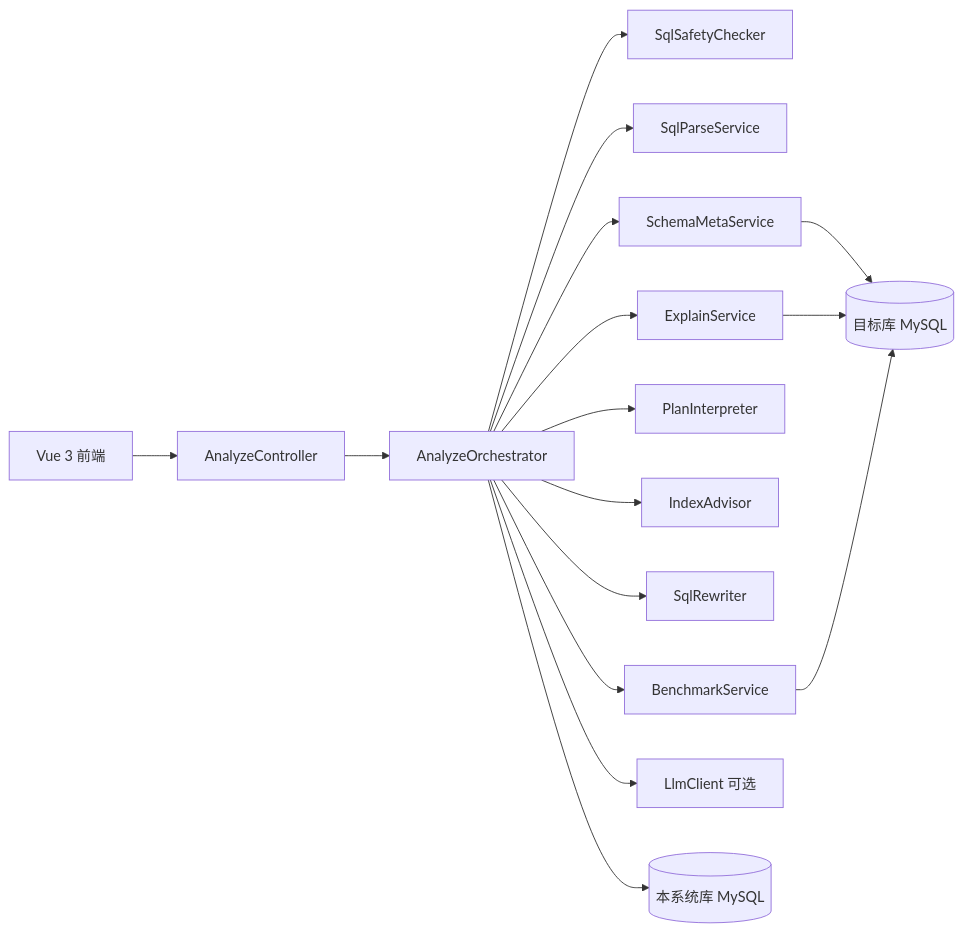
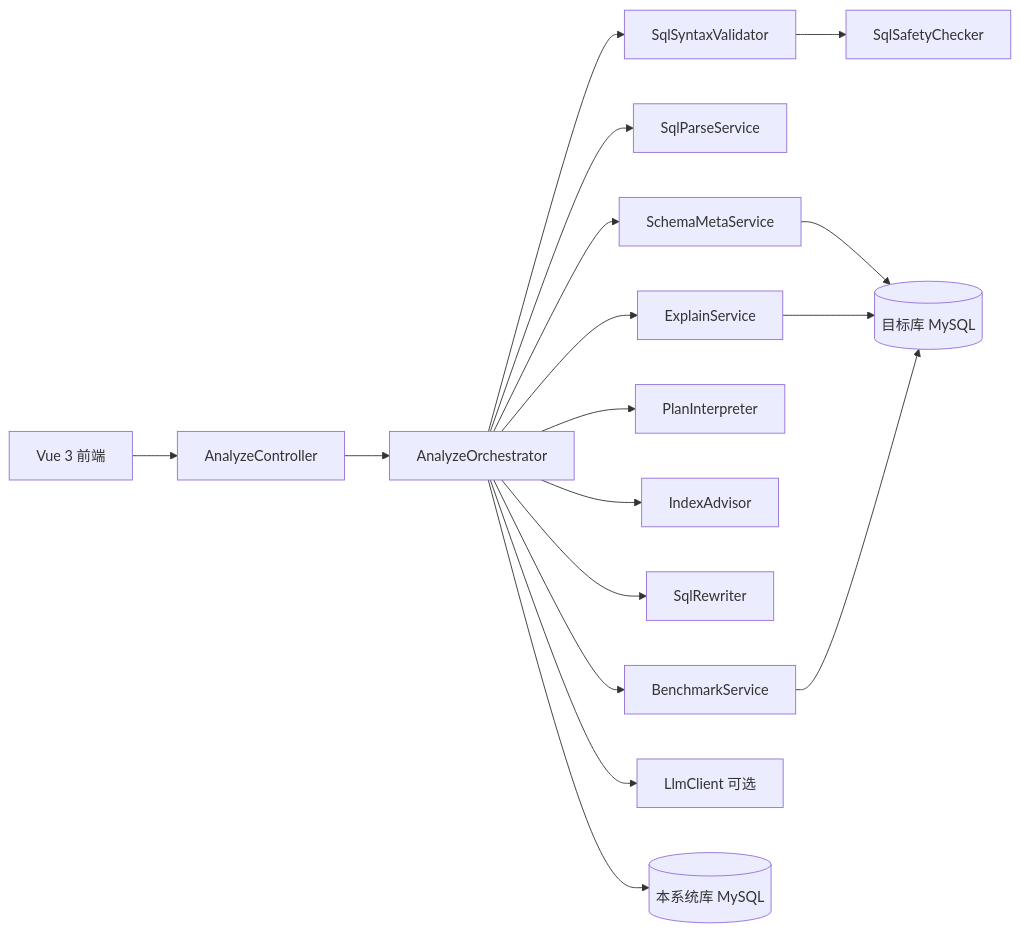
One commit to qizhang102299/sql-explan changed the diagram in README.md. Above: the diagram before and after it, drawn with Mermaid. The commit also changed other lines of this file and 67 other files, not shown here.

````diff
--- a/README.md
+++ b/README.md
@@ -7,18 +9,19 @@
 ```mermaid
 flowchart LR
   FE[Vue 3 前端] --> API[AnalyzeController]
   API --> ORCH[AnalyzeOrchestrator]
-  ORCH --> SAFE[SqlSafetyChecker]
+  ORCH --> VALID[SqlSyntaxValidator]
+  VALID --> SAFE[SqlSafetyChecker]
   ORCH --> PARSE[SqlParseService]
   ORCH --> META[SchemaMetaService]
   ORCH --> EXPLAIN[ExplainService]
   ORCH --> PLAN[PlanInterpreter]
   ORCH --> IDX[IndexAdvisor]
   ORCH --> RW[SqlRewriter]
   ORCH --> BENCH[BenchmarkService]
   ORCH --> LLM[LlmClient 可选]
   META --> TDB[(目标库 MySQL)]
   EXPLAIN --> TDB
   BENCH --> TDB
   ORCH --> SYSDB[(本系统库 MySQL)]
 ```
````
